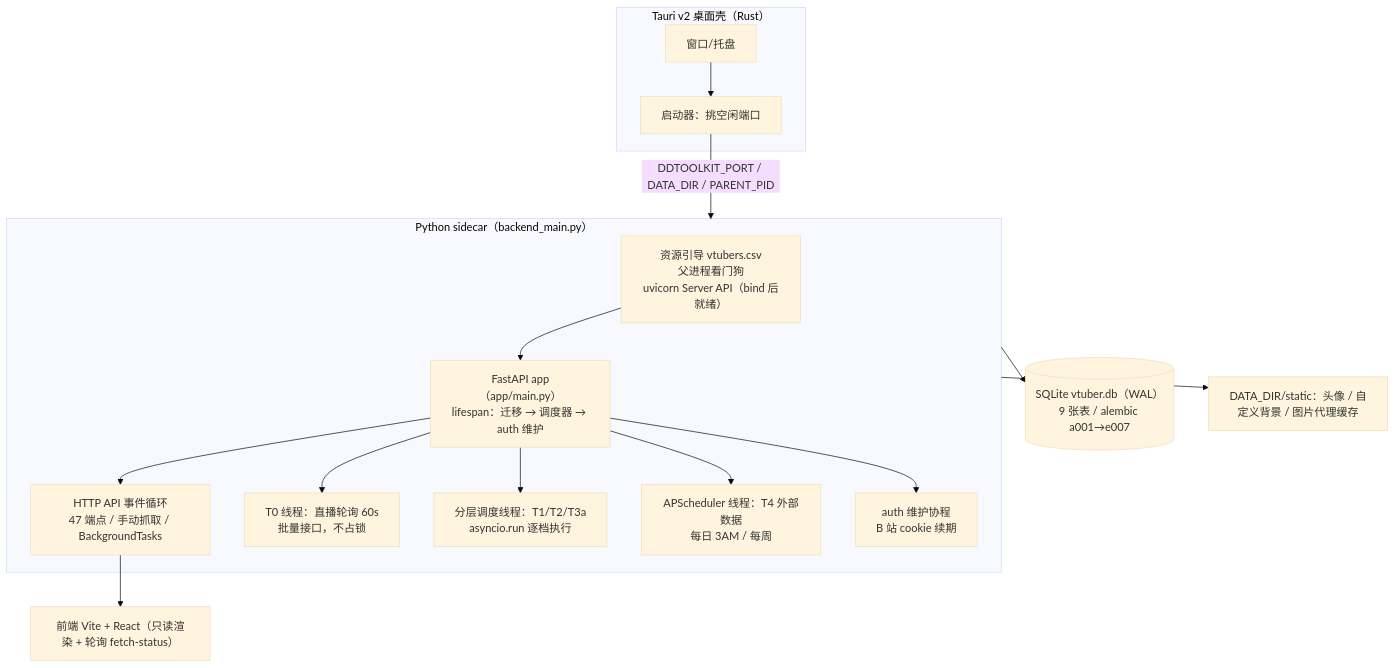
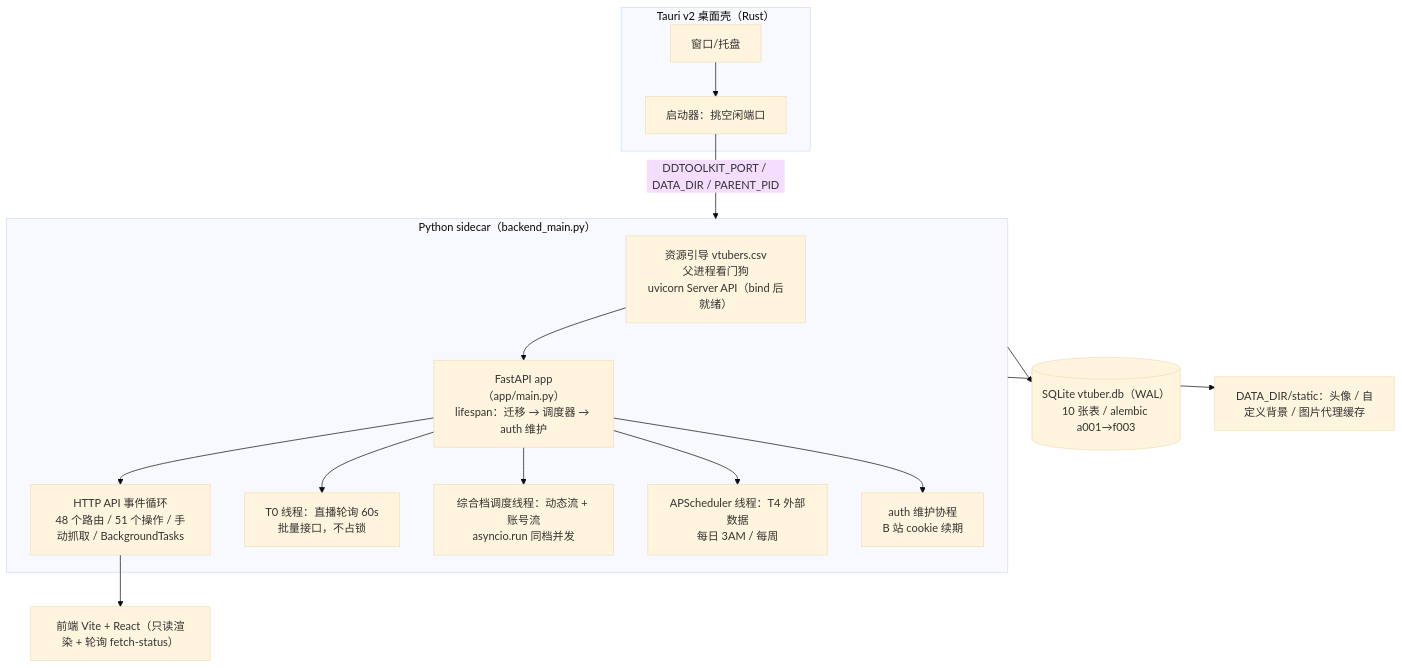
Before and after one commit to Mrslippe/DDToolkit: the first of 8 diagrams in docs/ARCHITECTURE.md, drawn with Mermaid (base theme). The commit also changed other lines of this file and 19 other files, not shown here.

````diff
--- a/docs/ARCHITECTURE.md
+++ b/docs/ARCHITECTURE.md
@@ -23,21 +23,21 @@
 ```mermaid
 flowchart TB
   subgraph Shell["Tauri v2 桌面壳（Rust）"]
     W[窗口/托盘] --> L[启动器：挑空闲端口]
   end
   L -->|"DDTOOLKIT_PORT / DATA_DIR / PARENT_PID"| S
 
   subgraph S["Python sidecar（backend_main.py）"]
     BM["资源引导 vtubers.csv<br/>父进程看门狗<br/>uvicorn Server API（bind 后就绪）"]
     BM --> APP["FastAPI app（app/main.py）<br/>lifespan：迁移 → 调度器 → auth 维护"]
-    APP --> HTTP["HTTP API 事件循环<br/>47 端点 / 手动抓取 / BackgroundTasks"]
+    APP --> HTTP["HTTP API 事件循环<br/>48 个路由 / 51 个操作 / 手动抓取 / BackgroundTasks"]
     APP --> T0["T0 线程：直播轮询 60s<br/>批量接口，不占锁"]
-    APP --> TIER["分层调度线程：T1/T2/T3a<br/>asyncio.run 逐档执行"]
+    APP --> TIER["综合档调度线程：动态流 + 账号流<br/>asyncio.run 同档并发"]
     APP --> APS["APScheduler 线程：T4 外部数据<br/>每日 3AM / 每周"]
     APP --> AUTH["auth 维护协程<br/>B 站 cookie 续期"]
   end
 
-  S --> DB[("SQLite vtuber.db（WAL）<br/>9 张表 / alembic a001→e007")]
+  S --> DB[("SQLite vtuber.db（WAL）<br/>10 张表 / alembic a001→f003")]
   S --> FS["DATA_DIR/static：头像 / 自定义背景 / 图片代理缓存"]
   HTTP --> UI["前端 Vite + React（只读渲染 + 轮询 fetch-status）"]
 ```
````
